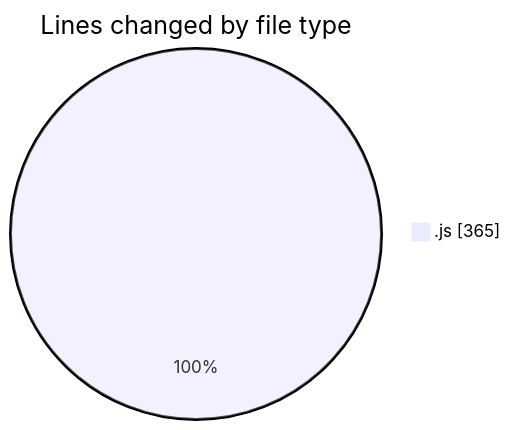
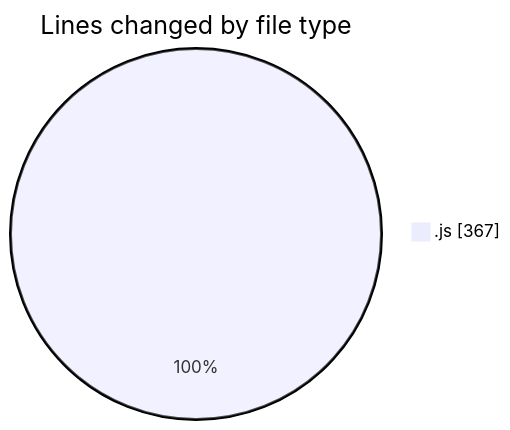
Before and after one commit to nxtqubesakshisongat/code-tracking: the first of 2 diagrams in 2025-06-19/nxtqube_webapp/README.md, drawn with Mermaid. The commit also changed other lines of this file and 1 other file, not shown here.

````diff
--- a/2025-06-19/nxtqube_webapp/README.md
+++ b/2025-06-19/nxtqube_webapp/README.md
@@ -26,5 +26,5 @@
 ```mermaid
 pie showData
 title Lines changed by file type
-".js" : 365
+".js" : 367
 ```
````
